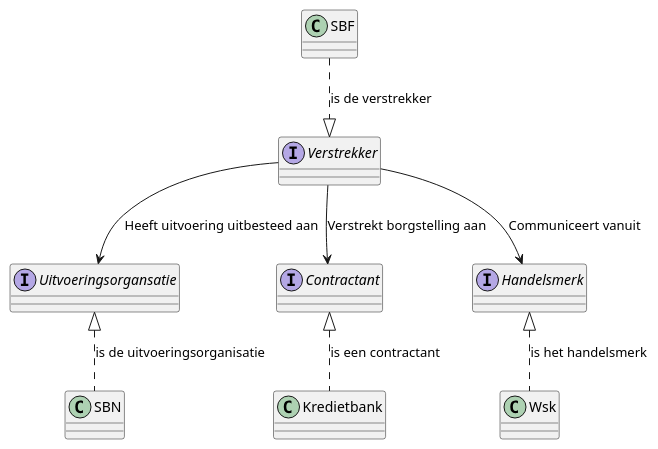
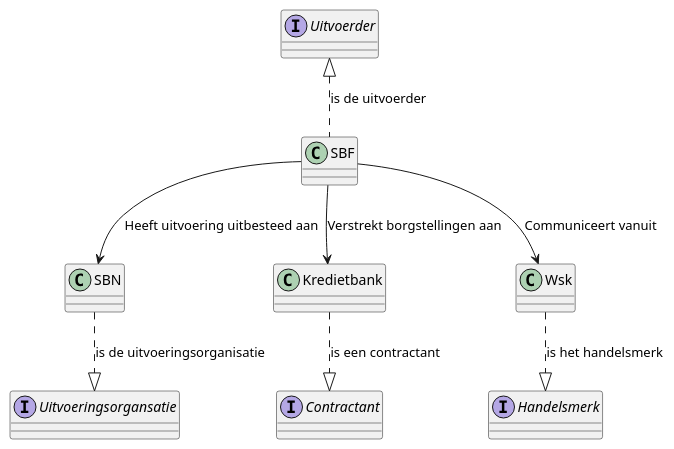
Before and after one commit to sbnnl/documentatie: the diagram in docs/context.puml, drawn with PlantUML. The commit also changed 1 other file, not shown here.

Commit message:
proces aangepast en context uml

```diff
--- a/docs/context.puml
+++ b/docs/context.puml
@@ -1,25 +1,25 @@
 @startuml
 
 
 interface Uitvoeringsorgansatie
 class SBN
 
-interface Verstrekker
+interface Uitvoerder
 class SBF
 
 interface Contractant
 class Kredietbank
 
 interface Handelsmerk
 class Wsk
 
-SBF ..|> Verstrekker : "is de verstrekker"
-Verstrekker --> Contractant : "Verstrekt borgstelling aan"
-Verstrekker --> Handelsmerk : "Communiceert vanuit"
-Verstrekker --> Uitvoeringsorgansatie : "Heeft uitvoering uitbesteed aan"
+ Uitvoerder <|.. SBF : "is de uitvoerder"
+SBF --> Kredietbank : "Verstrekt borgstellingen aan"
+SBF --> Wsk : "Communiceert vanuit"
+SBF --> SBN : "Heeft uitvoering uitbesteed aan"
 
-Contractant <|.. Kredietbank : "is een contractant"
-Handelsmerk <|.. Wsk : "is het handelsmerk"
-Uitvoeringsorgansatie <|.. SBN : "is de uitvoeringsorganisatie"
+Kredietbank ..|> Contractant  : "is een contractant"
+Wsk ..|> Handelsmerk : "is het handelsmerk"
+SBN ..|> Uitvoeringsorgansatie : "is de uitvoeringsorganisatie"
 
 @enduml
```
